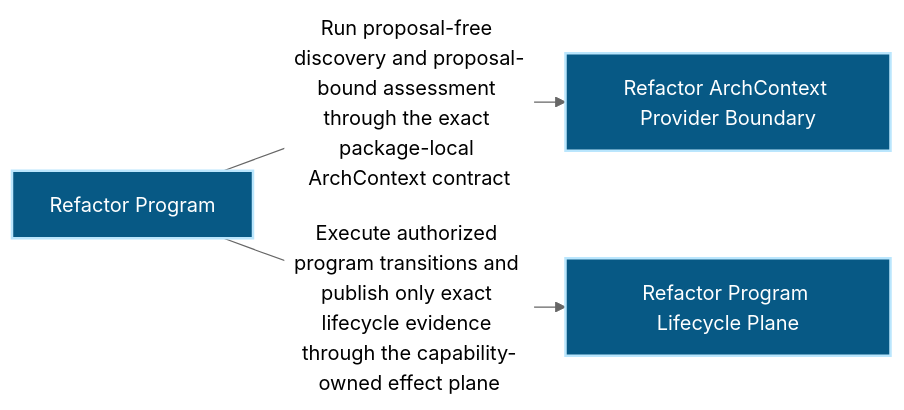
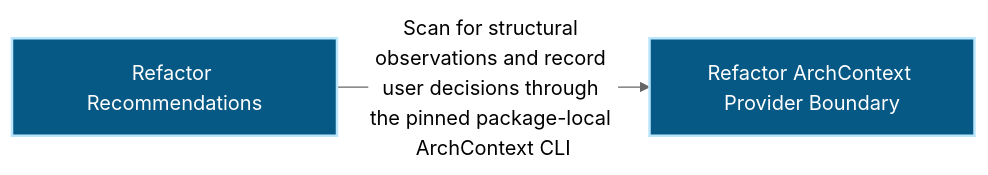
Before and after one commit to Ancienttwo/repo-harness: the first of 3 diagrams in docs/architecture/modules/runtime-harness/refactor-program.md, drawn with Mermaid (neutral theme). The commit also changed other lines of this file and 75 other files, not shown here.

````diff
--- a/docs/architecture/modules/runtime-harness/refactor-program.md
+++ b/docs/architecture/modules/runtime-harness/refactor-program.md
@@ -15,12 +15,10 @@
 ```mermaid
 flowchart LR
-  p1_capability_runtime_harness_refactor_program_75614af4["Refactor Program"]:::component
+  p1_capability_runtime_harness_refactor_program_75614af4["Refactor Recommendations"]:::component
   p1_component_refactor_program_archctx_provider_66030fac["Refactor ArchContext Provider Boundary"]:::component
-  p1_component_refactor_program_lifecycle_2ce6d5e2["Refactor Program Lifecycle Plane"]:::component
-  p1_capability_runtime_harness_refactor_program_75614af4 -->|"Run proposal-free discovery and proposal-bound assessment through the exact package-local ArchContext contract"| p1_component_refactor_program_archctx_provider_66030fac
-  p1_capability_runtime_harness_refactor_program_75614af4 -->|"Execute authorized program transitions and publish only exact lifecycle evidence through the capability-owned effect plane"| p1_component_refactor_program_lifecycle_2ce6d5e2
+  p1_capability_runtime_harness_refactor_program_75614af4 -->|"Scan for structural observations and record user decisions through the pinned package-local ArchContext CLI"| p1_component_refactor_program_archctx_provider_66030fac
   classDef actor fill:#111827,color:#ffffff,stroke:#f9fafb,stroke-width:2px
   classDef component fill:#075985,color:#ffffff,stroke:#bae6fd,stroke-width:2px
   classDef datastore fill:#3f6212,color:#ffffff,stroke:#d9f99d,stroke-width:2px
   classDef external fill:#7c2d12,color:#ffffff,stroke:#fed7aa,stroke-width:2px
 ```
````
